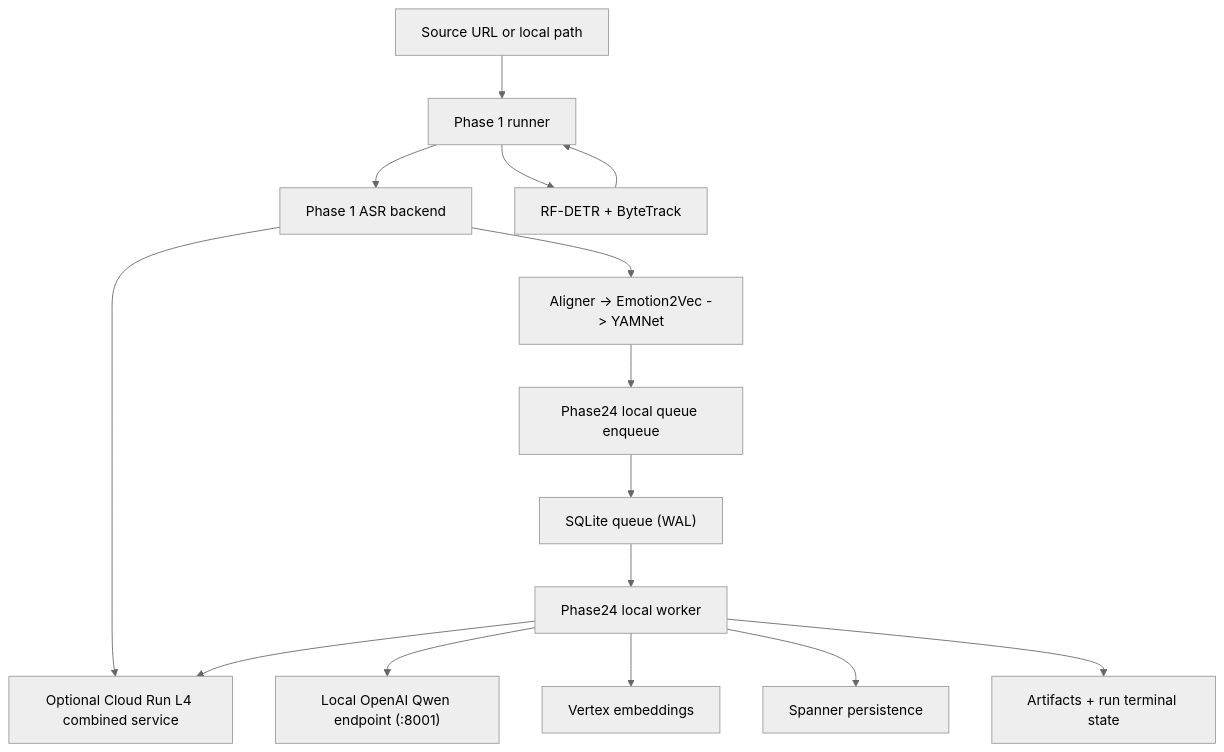
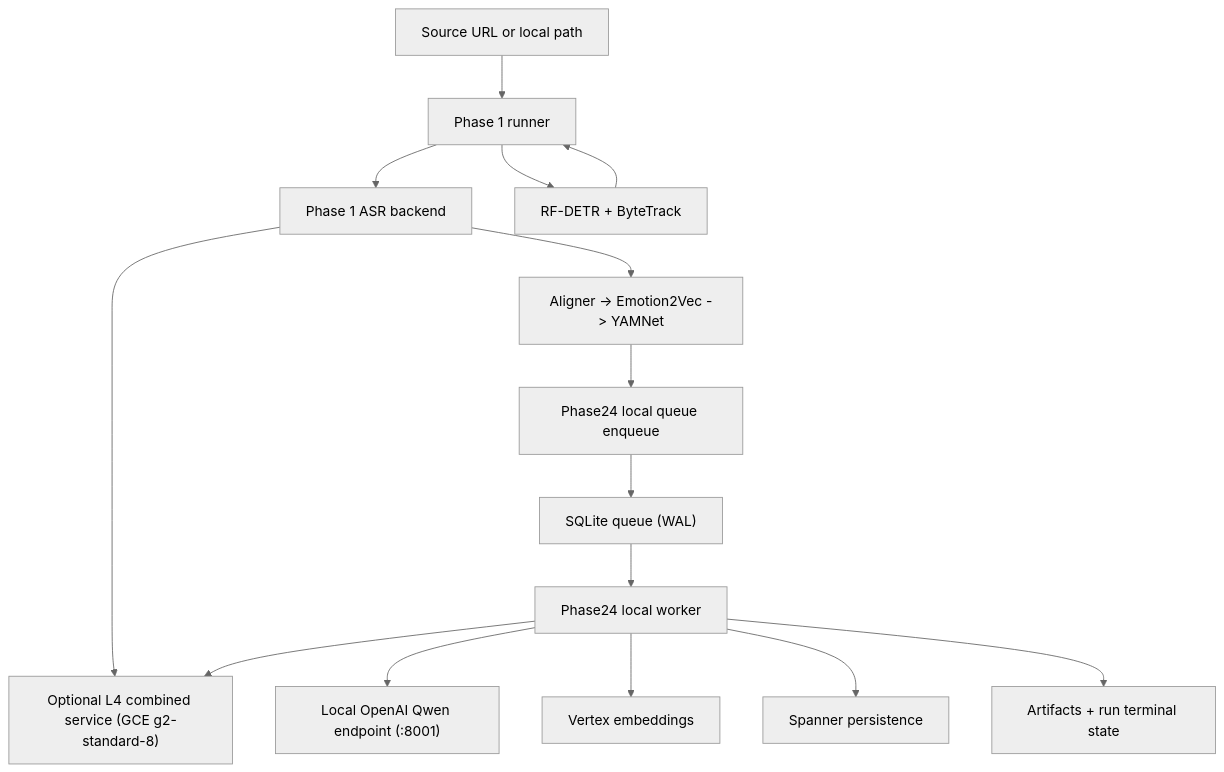
Before and after one commit to ClyptAI/Clypt-Backend: the diagram in docs/ARCHITECTURE.md, drawn with Mermaid (neutral theme). The commit also changed other lines of this file and 14 other files, not shown here.

First line of the commit message:
Pivot L4 combined service from Cloud Run to GCE + bf16 patch, sync docs.

````diff
--- a/docs/ARCHITECTURE.md
+++ b/docs/ARCHITECTURE.md
@@ -10,30 +10,30 @@
 ```mermaid
 flowchart TD
   source["Source URL or local path"]
   p1["Phase 1 runner"]
   asr["Phase 1 ASR backend"]
-  l4["Optional Cloud Run L4 combined service"]
+  l4["Optional L4 combined service (GCE g2-standard-8)"]
   audio["Aligner -> Emotion2Vec -> YAMNet"]
   visual["RF-DETR + ByteTrack"]
   handoff["Phase24 local queue enqueue"]
   q["SQLite queue (WAL)"]
   w["Phase24 local worker"]
   llm["Local OpenAI Qwen endpoint (:8001)"]
   emb["Vertex embeddings"]
   sp["Spanner persistence"]
   out["Artifacts + run terminal state"]
 
   source --> p1
   p1 --> asr
   p1 --> visual
   asr --> l4
   asr --> audio
   audio --> handoff
   handoff --> q --> w
   w --> llm
   w --> emb
   w --> l4
   w --> sp
   visual --> p1
   w --> out
 ```
````
